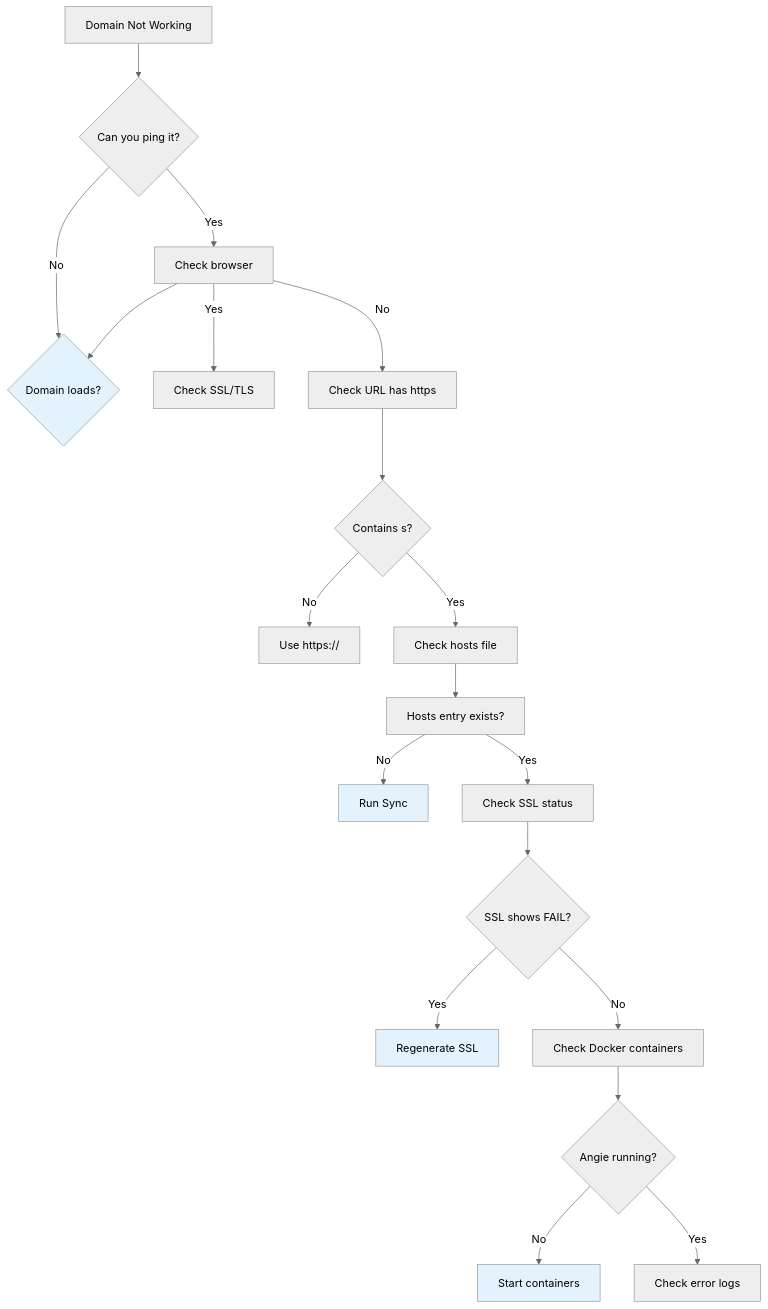
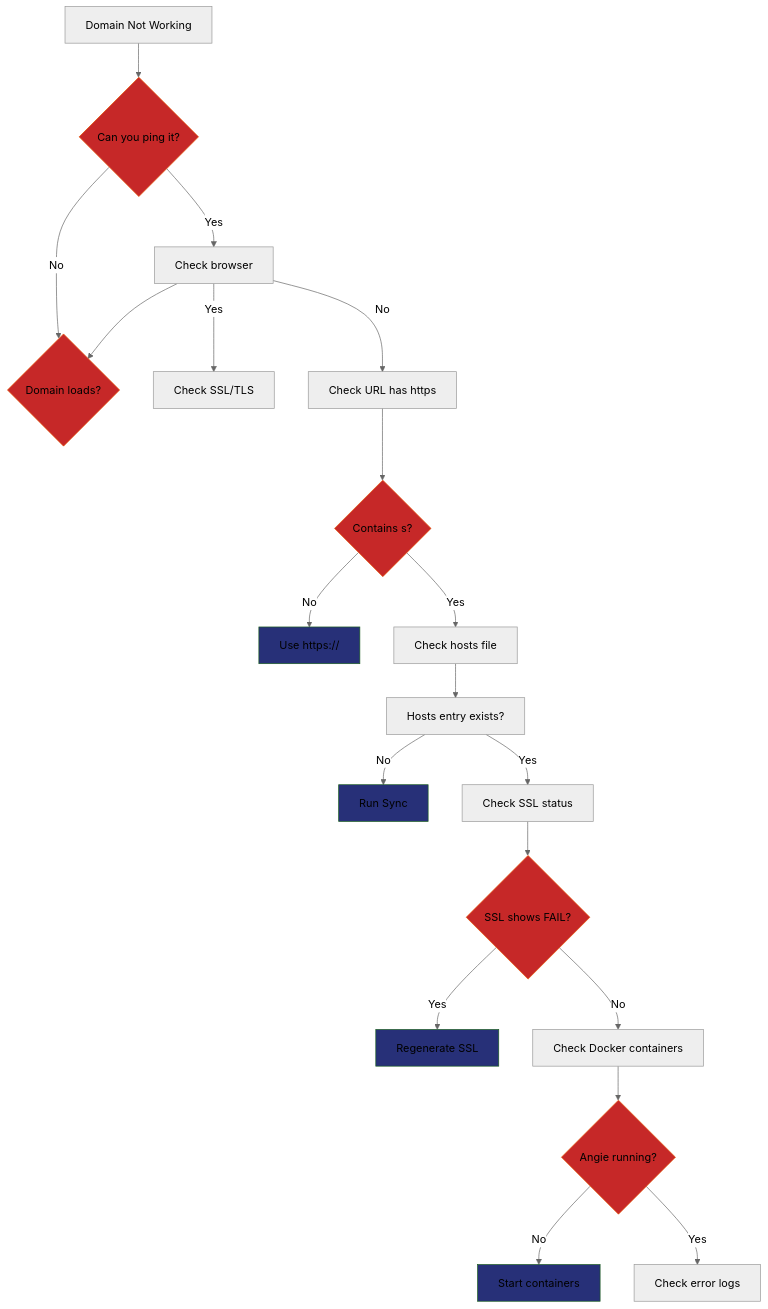
One commit to Amp-Manager/docs changed the third of 6 diagrams in troubleshooting.md. Above: the diagram before and after it, drawn with Mermaid (neutral theme). The commit also changed other lines of this file and 7 other files, not shown here.

````diff
--- a/troubleshooting.md
+++ b/troubleshooting.md
@@ -60,31 +67,36 @@
 ```mermaid
 flowchart TD
     A[Domain Not Working] --> B{Can you ping it?}
     B -->|Yes| C[Check browser]
     B -->|No| D[Run Sync]
     
     C --> D{Domain loads?}
     C -->|Yes| E[Check SSL/TLS]
     C -->|No| F[Check URL has https]
     
     F --> G{Contains s?}
     G -->|No| H[Use https://]
     G -->|Yes| I[Check hosts file]
     
     I --> J[Hosts entry exists?]
     J -->|No| K[Run Sync]
     J -->|Yes| L[Check SSL status]
     
     L --> M{SSL shows FAIL?}
     M -->|Yes| N[Regenerate SSL]
     M -->|No| O[Check Docker containers]
     
     O --> P{Angie running?}
     P -->|No| Q[Start containers]
     P -->|Yes| R[Check error logs]
     
-    style D fill:#e3f2fd
-    style K fill:#e3f2fd
-    style N fill:#e3f2fd
-    style Q fill:#e3f2fd
+    style B fill:#c62828,stroke:#e65100
+    style D fill:#c62828,stroke:#e65100
+    style G fill:#c62828,stroke:#e65100
+    style H fill:#273078,stroke:#1b5e20
+    style K fill:#273078,stroke:#1b5e20
+    style M fill:#c62828,stroke:#e65100
+    style N fill:#273078,stroke:#1b5e20
+    style P fill:#c62828,stroke:#e65100
+    style Q fill:#273078,stroke:#1b5e20
 ```
````
